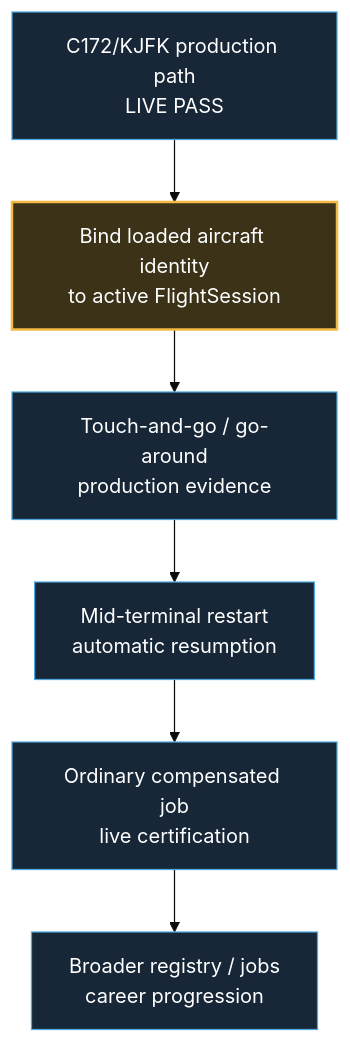
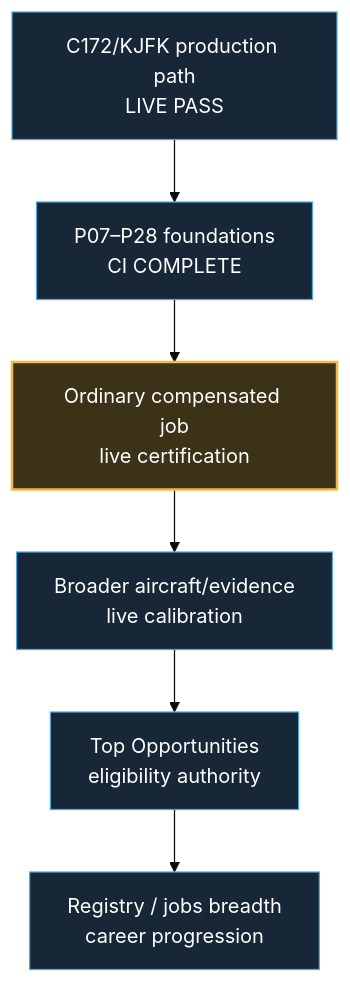
One commit to dhavalpddn-eng/OpenCareer changed the second of 2 diagrams in docs/development-master-checklist.md. Above: the diagram before and after it, drawn with Mermaid (base theme). The commit also changed other lines of this file and 2 other files, not shown here.

````diff
--- a/docs/development-master-checklist.md
+++ b/docs/development-master-checklist.md
@@ -54,13 +54,13 @@
 ```mermaid
 flowchart TD
-    A["C172/KJFK production path<br/>LIVE PASS"] --> B["Bind loaded aircraft identity<br/>to active FlightSession"]
-    B --> C["Touch-and-go / go-around<br/>production evidence"]
-    C --> D["Mid-terminal restart<br/>automatic resumption"]
-    D --> E["Ordinary compensated job<br/>live certification"]
-    E --> F["Broader registry / jobs<br/>career progression"]
+    A["C172/KJFK production path<br/>LIVE PASS"] --> B["P07–P28 foundations<br/>CI COMPLETE"]
+    B --> C["Ordinary compensated job<br/>live certification"]
+    C --> D["Broader aircraft/evidence<br/>live calibration"]
+    D --> E["Top Opportunities<br/>eligibility authority"]
+    E --> F["Registry / jobs breadth<br/>career progression"]
 
     classDef next fill:#3b3218,stroke:#F4B942,color:#fff,stroke-width:2px;
     classDef future fill:#172737,stroke:#4EA8DE,color:#fff,stroke-width:1px;
-    class B next;
-    class A,C,D,E,F future;
+    class C next;
+    class A,B,D,E,F future;
 ```
````
